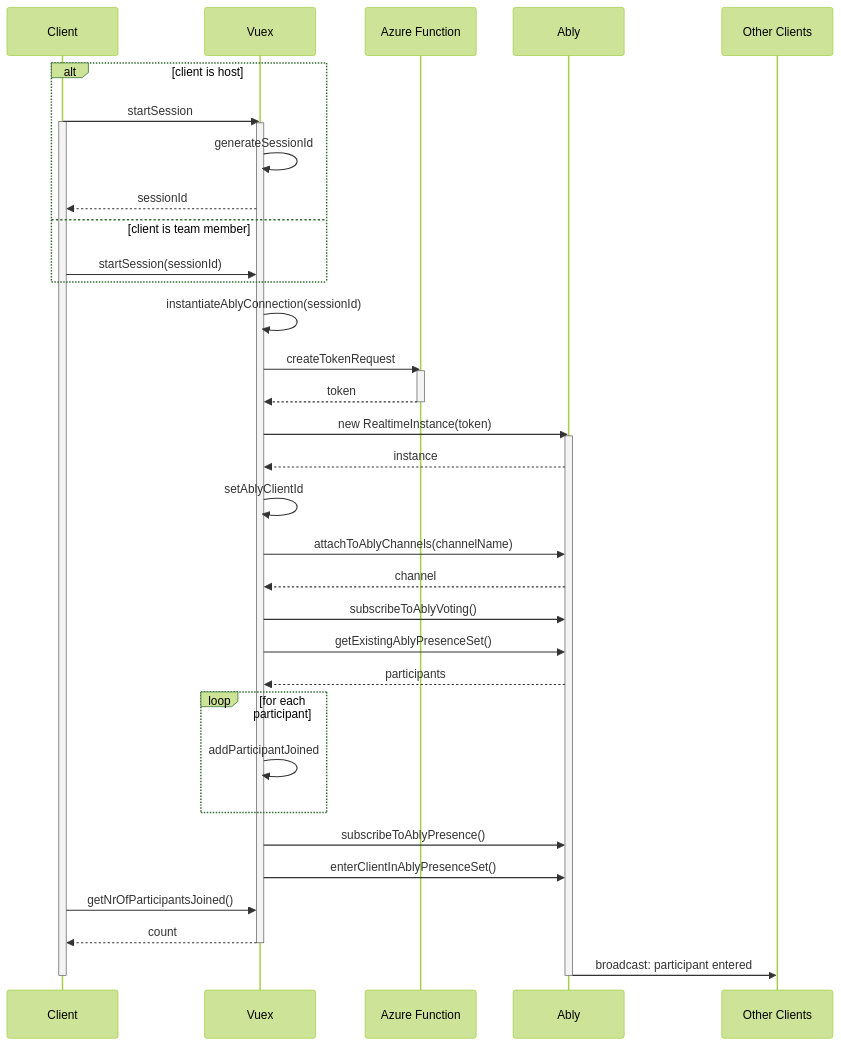
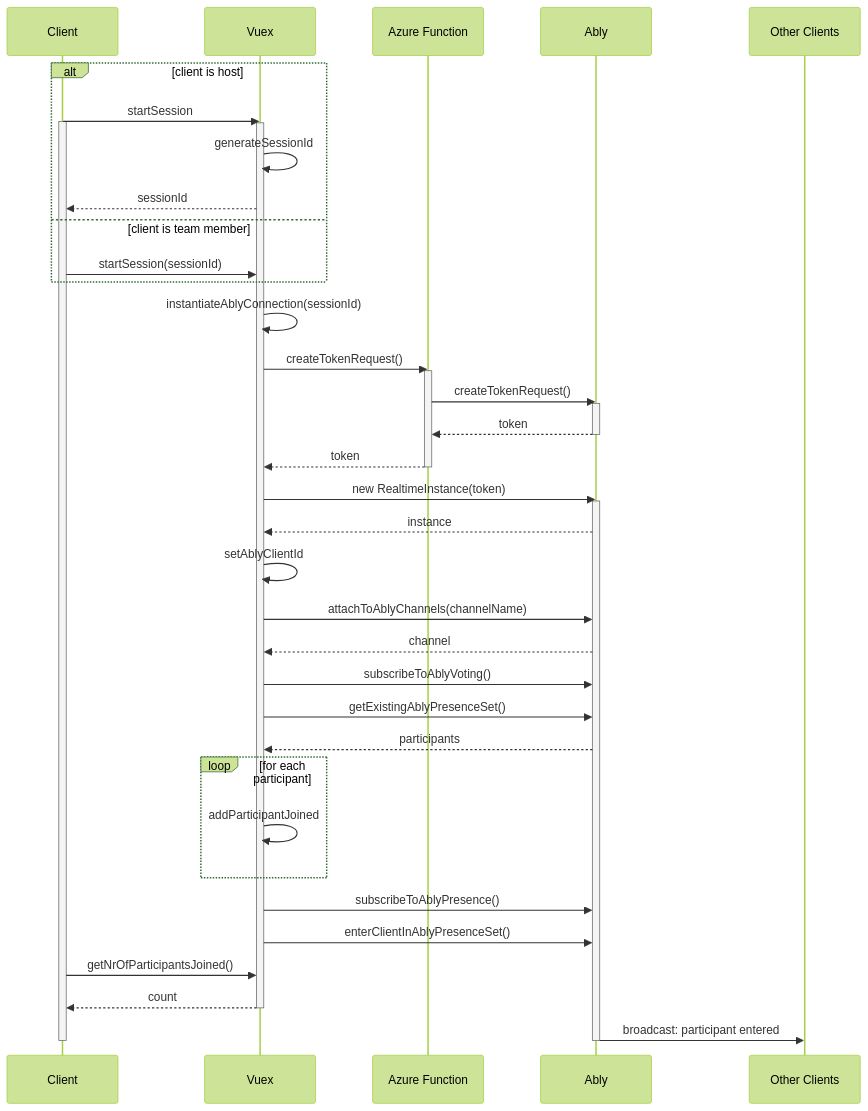
Before and after one commit to ably-labs/agile-flush-vue-app: the diagram in diagrams/start-session.mmd, drawn with Mermaid (forest theme). The commit also changed 3 other files, not shown here.

Commit message:
Update README and  start-session diagram

```diff
--- a/diagrams/start-session.mmd
+++ b/diagrams/start-session.mmd
@@ -1,36 +1,40 @@
 sequenceDiagram
     alt client is host
         Client->>Vuex: startSession
         activate Client
         activate Vuex
         Vuex->>Vuex: generateSessionId
         
         Vuex-->>Client: sessionId
     else client is team member
         Client->>Vuex: startSession(sessionId)
     end
     Vuex->>Vuex: instantiateAblyConnection(sessionId)
-    Vuex->>Azure Function: createTokenRequest
+    Vuex->>Azure Function: createTokenRequest()
     activate Azure Function
+    Azure Function->>Ably: createTokenRequest()
+    activate Ably
+    Ably-->>Azure Function: token
+    deactivate Ably
     Azure Function-->>Vuex: token
     deactivate Azure Function
     Vuex->>Ably: new RealtimeInstance(token)
     activate Ably
     Ably-->>Vuex: instance
     Vuex->>Vuex: setAblyClientId
     Vuex->>Ably: attachToAblyChannels(channelName)
     Ably-->>Vuex: channel
     Vuex->>Ably: subscribeToAblyVoting()
     Vuex->>Ably: getExistingAblyPresenceSet()
     Ably-->>Vuex: participants
     loop for each participant
         Vuex->>Vuex: addParticipantJoined
     end
     Vuex->>Ably: subscribeToAblyPresence()
     Vuex->>Ably: enterClientInAblyPresenceSet()
     Client->>Vuex: getNrOfParticipantsJoined()
     Vuex-->>Client: count
     deactivate Vuex
     Ably->>Other Clients: broadcast: participant entered
     deactivate Ably
     deactivate Client
```
